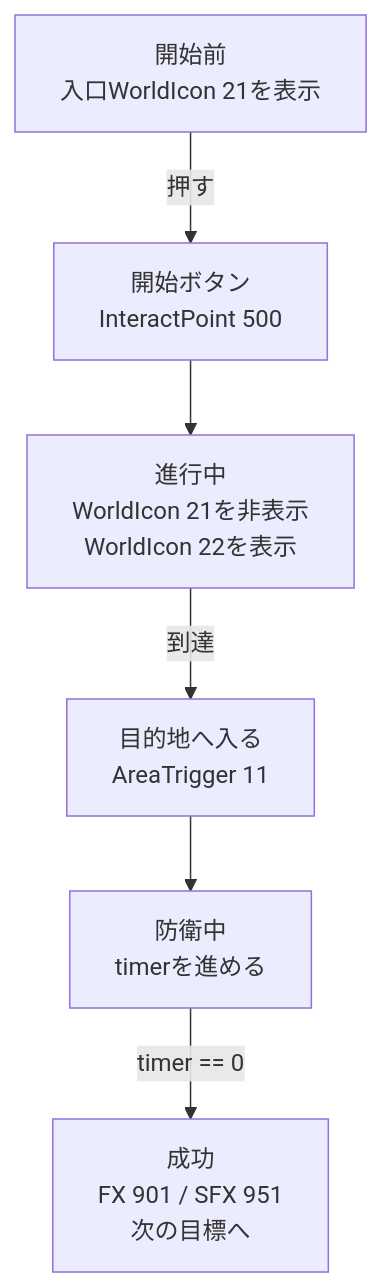
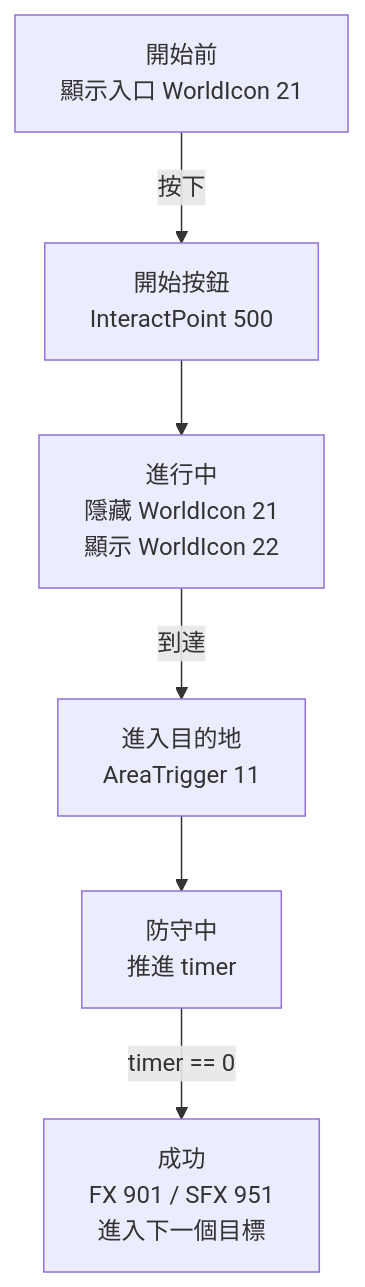
Before and after one commit to link1345/bf-portal-book: the second of 2 diagrams in content/locales/zh-TW/chapters/5-rule-editor.md, drawn with Mermaid. The commit also changed other lines of this file and 2 other files, not shown here.

````diff
--- a/content/locales/zh-TW/chapters/5-rule-editor.md
+++ b/content/locales/zh-TW/chapters/5-rule-editor.md
@@ -70,15 +70,15 @@
 ```mermaid
 flowchart TD
-  before["開始前<br/>入口WorldIcon 21を表示"]
-  start["開始ボタン<br/>InteractPoint 500"]
-  running["進行中<br/>WorldIcon 21を非表示<br/>WorldIcon 22を表示"]
-  arrive["目的地へ入る<br/>AreaTrigger 11"]
-  defend["防衛中<br/>timerを進める"]
-  success["成功<br/>FX 901 / SFX 951<br/>次の目標へ"]
+  before["開始前<br/>顯示入口 WorldIcon 21"]
+  start["開始按鈕<br/>InteractPoint 500"]
+  running["進行中<br/>隱藏 WorldIcon 21<br/>顯示 WorldIcon 22"]
+  arrive["進入目的地<br/>AreaTrigger 11"]
+  defend["防守中<br/>推進 timer"]
+  success["成功<br/>FX 901 / SFX 951<br/>進入下一個目標"]
 
-  before -->|押す| start
+  before -->|按下| start
   start --> running
   running -->|到達| arrive
   arrive --> defend
   defend -->|timer == 0| success
 ```
````
